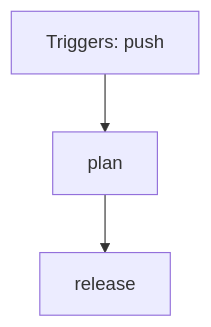
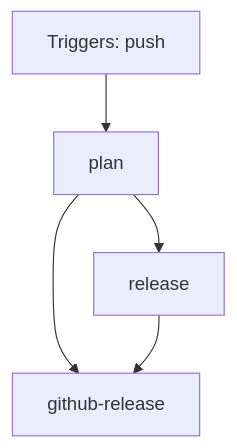
The diagram in docs/ci/github/script-release-tags.md (FrenchExDev2/QuietCli.PoSh), drawn with Mermaid before and after one commit. The commit also changed other lines of this file and 17 other files, not shown here.

```diff
--- a/docs/ci/github/script-release-tags.md
+++ b/docs/ci/github/script-release-tags.md
@@ -24,8 +24,11 @@
 ~~~mermaid
 flowchart TD
     event["Triggers: push"]
+    job_github_release["github-release"]
     job_plan["plan"]
     job_release["release"]
+    job_plan --> job_github_release
+    job_release --> job_github_release
     event --> job_plan
     job_plan --> job_release
 ~~~
```
